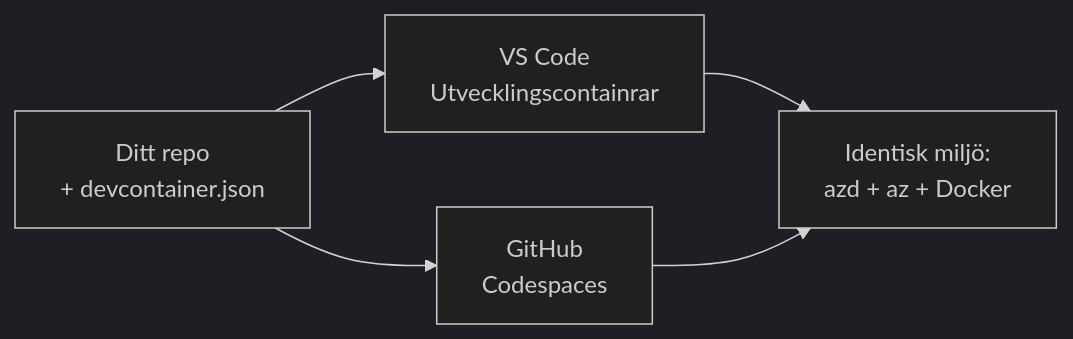
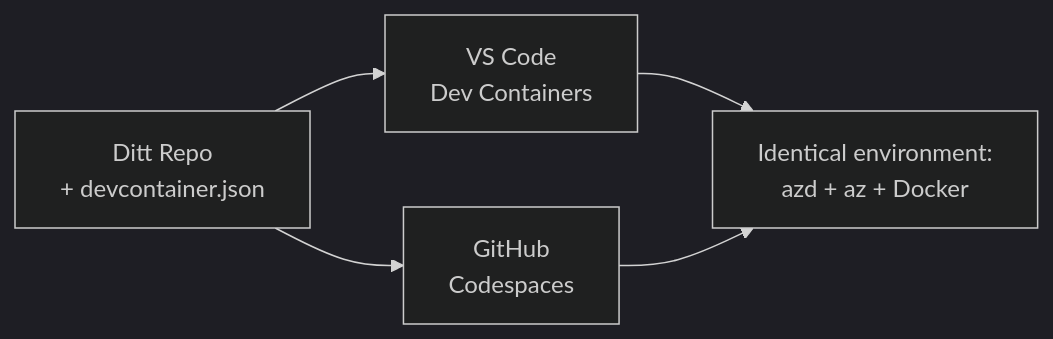
Before and after one commit to microsoft/AZD-for-beginners: the diagram in translations/sv/docs/chapter-01-foundation/dev-containers.md, drawn with Mermaid (dark theme). The commit also changed other lines of this file and 59 other files, not shown here.

````diff
--- a/translations/sv/docs/chapter-01-foundation/dev-containers.md
+++ b/translations/sv/docs/chapter-01-foundation/dev-containers.md
@@ -41,7 +41,7 @@
 ```mermaid
 graph LR
-    Repo[Ditt repo<br/>+ devcontainer.json] --> VSCode[VS Code<br/>Utvecklingscontainrar]
+    Repo[Ditt Repo<br/>+ devcontainer.json] --> VSCode[VS Code<br/>Dev Containers]
     Repo --> Codespaces[GitHub<br/>Codespaces]
-    VSCode --> Env[Identisk miljö:<br/>azd + az + Docker]
+    VSCode --> Env[Identical environment:<br/>azd + az + Docker]
     Codespaces --> Env
 ```
````
